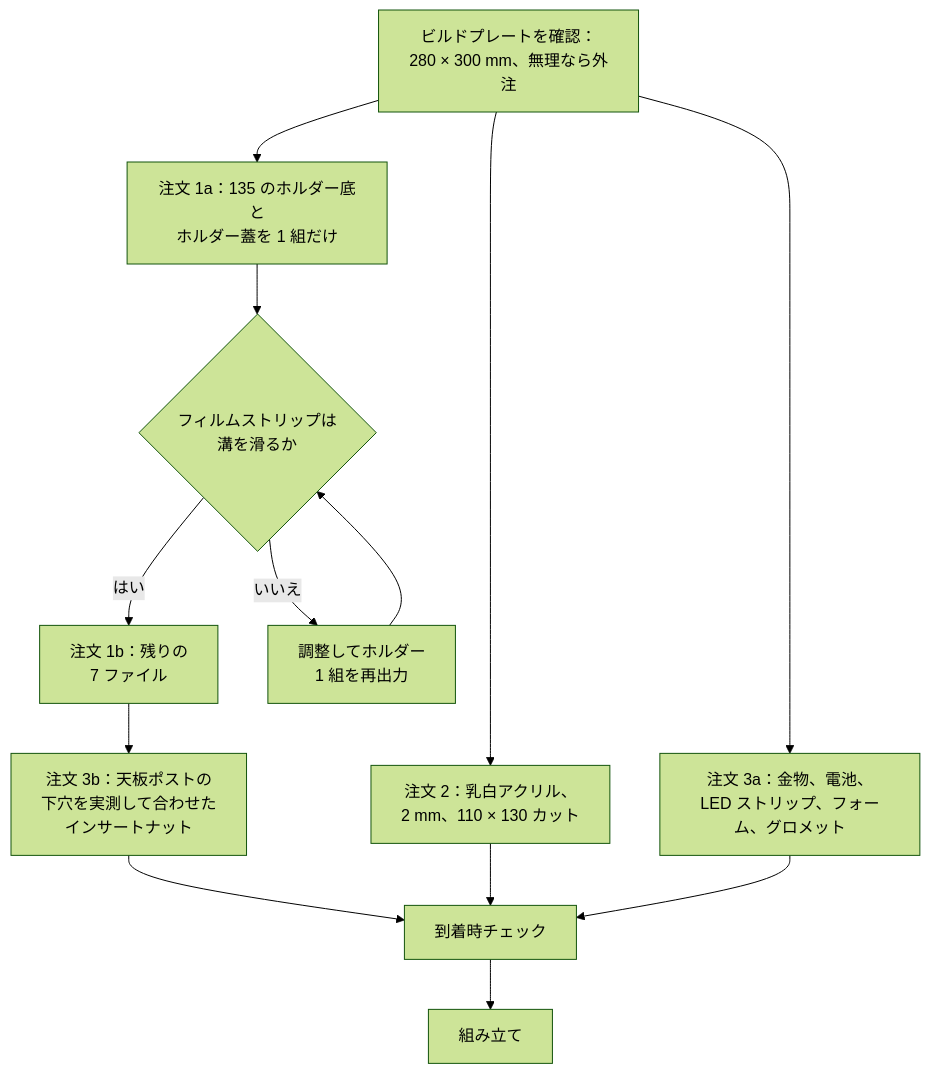
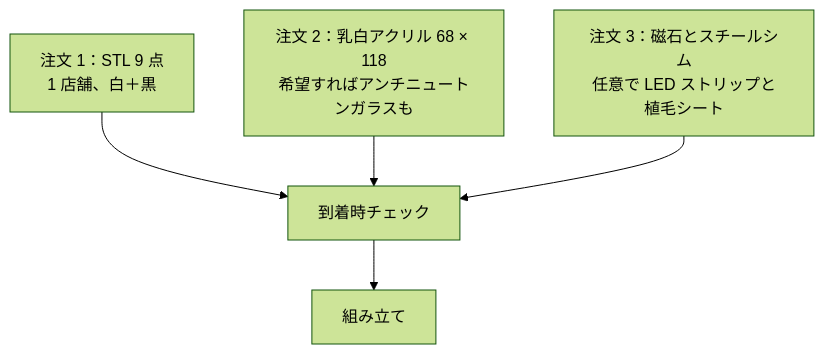
One commit to Neoanaloglab/Neobox changed the diagram in docs/bom.ja.md. Above: the diagram before and after it, drawn with Mermaid (forest theme). The commit also changed other lines of this file and 30 other files, not shown here.

````diff
--- a/docs/bom.ja.md
+++ b/docs/bom.ja.md
@@ -218,15 +181,7 @@
 ```mermaid
 flowchart TD
-  A[ビルドプレートを確認：<br/>280 × 300 mm、無理なら外注] --> B[注文 1a：135 のホルダー底と<br/>ホルダー蓋を 1 組だけ]
-  A --> C[注文 2：乳白アクリル、<br/>2 mm、110 × 130 カット]
-  A --> D[注文 3a：金物、電池、<br/>LED ストリップ、フォーム、グロメット]
-  B --> E{フィルムストリップは<br/>溝を滑るか}
-  E -- はい --> F[注文 1b：残りの<br/>7 ファイル]
-  E -- いいえ --> G[調整してホルダー<br/>1 組を再出力]
-  G --> E
-  F --> J[注文 3b：天板ポストの<br/>下穴を実測して合わせた<br/>インサートナット]
-  J --> H[到着時チェック]
-  C --> H
-  D --> H
-  H --> I[組み立て]
+  A[注文 1：STL 9 点<br/>1 店舗、白＋黒] --> D[到着時チェック]
+  B[注文 2：乳白アクリル 68 × 118<br/>希望すればアンチニュートンガラスも] --> D
+  C[注文 3：磁石とスチールシム<br/>任意で LED ストリップと植毛シート] --> D
+  D --> E[組み立て]
 ```
````
